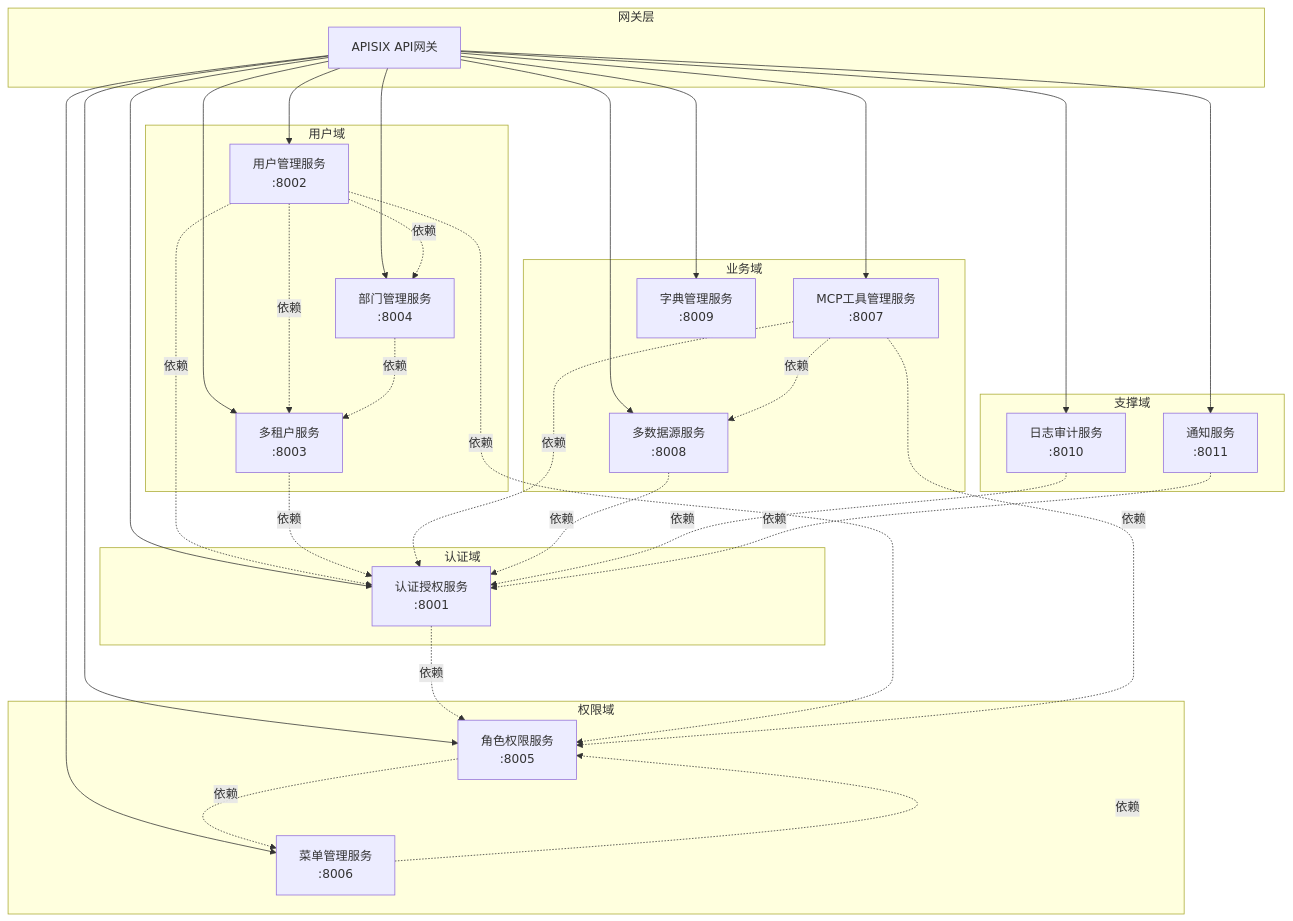
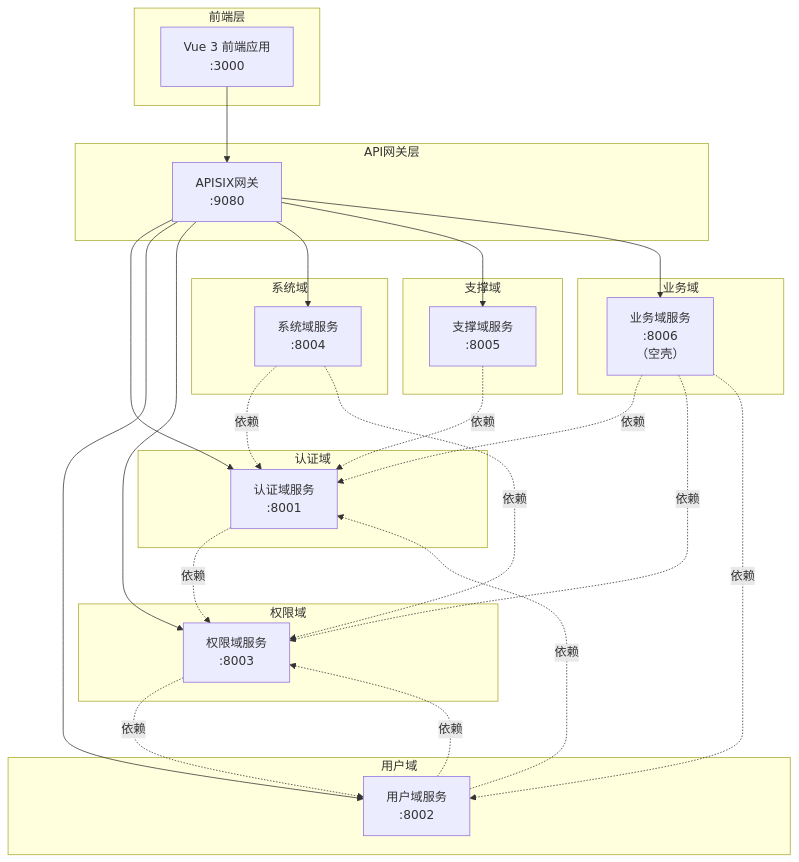
Before and after one commit to klpk961224/mcp-platform: the second of 6 diagrams in 2-技术架构设计文档.md, drawn with Mermaid. The commit also changed other lines of this file and 5 other files, not shown here.

````diff
--- a/2-技术架构设计文档.md
+++ b/2-技术架构设计文档.md
@@ -155,60 +167,54 @@
 ```mermaid
 graph TB
-    subgraph "网关层"
-        APISIX[APISIX API网关]
+    subgraph "前端层"
+        VueApp[Vue 3 前端应用<br/>:3000]
+    end
+    
+    subgraph "API网关层"
+        APISIX[APISIX网关<br/>:9080]
     end
     
     subgraph "认证域"
-        Auth[认证授权服务<br/>:8001]
+        Auth[认证域服务<br/>:8001]
     end
     
     subgraph "用户域"
-        User[用户管理服务<br/>:8002]
-        Tenant[多租户服务<br/>:8003]
-        Dept[部门管理服务<br/>:8004]
+        User[用户域服务<br/>:8002]
     end
     
     subgraph "权限域"
-        Role[角色权限服务<br/>:8005]
-        Menu[菜单管理服务<br/>:8006]
+        Permission[权限域服务<br/>:8003]
+    end
+    
+    subgraph "系统域"
+        System[系统域服务<br/>:8004]
+    end
+    
+    subgraph "支撑域"
+        Support[支撑域服务<br/>:8005]
     end
     
     subgraph "业务域"
-        MCP[MCP工具管理服务<br/>:8007]
-        MultiDB[多数据源服务<br/>:8008]
-        Dict[字典管理服务<br/>:8009]
+        Business[业务域服务<br/>:8006<br/>（空壳）]
     end
     
-    subgraph "支撑域"
-        Log[日志审计服务<br/>:8010]
-        Notify[通知服务<br/>:8011]
-    end
+    VueApp --> APISIX
     
     APISIX --> Auth
     APISIX --> User
-    APISIX --> Tenant
-    APISIX --> Dept
-    APISIX --> Role
-    APISIX --> Menu
-    APISIX --> MCP
-    APISIX --> MultiDB
-    APISIX --> Dict
-    APISIX --> Log
-    APISIX --> Notify
+    APISIX --> Permission
+    APISIX --> System
+    APISIX --> Support
+    APISIX --> Business
     
-    Auth -.依赖.-> Role
+    Auth -.依赖.-> Permission
     User -.依赖.-> Auth
-    User -.依赖.-> Tenant
-    User -.依赖.-> Dept
-    User -.依赖.-> Role
-    Tenant -.依赖.-> Auth
-    Dept -.依赖.-> Tenant
-    Role -.依赖.-> Menu
-    Menu -.依赖.-> Role
-    MCP -.依赖.-> Auth
-    MCP -.依赖.-> Role
-    MCP -.依赖.-> MultiDB
-    MultiDB -.依赖.-> Auth
-    Log -.依赖.-> Auth
-    Notify -.依赖.-> Auth
+    User -.依赖.-> Permission
+    Permission -.依赖.-> User
+    System -.依赖.-> Auth
+    System -.依赖.-> Permission
+    Support -.依赖.-> Auth
+    Business -.依赖.-> Auth
+    Business -.依赖.-> Permission
+    Business -.依赖.-> User
 ```
````
